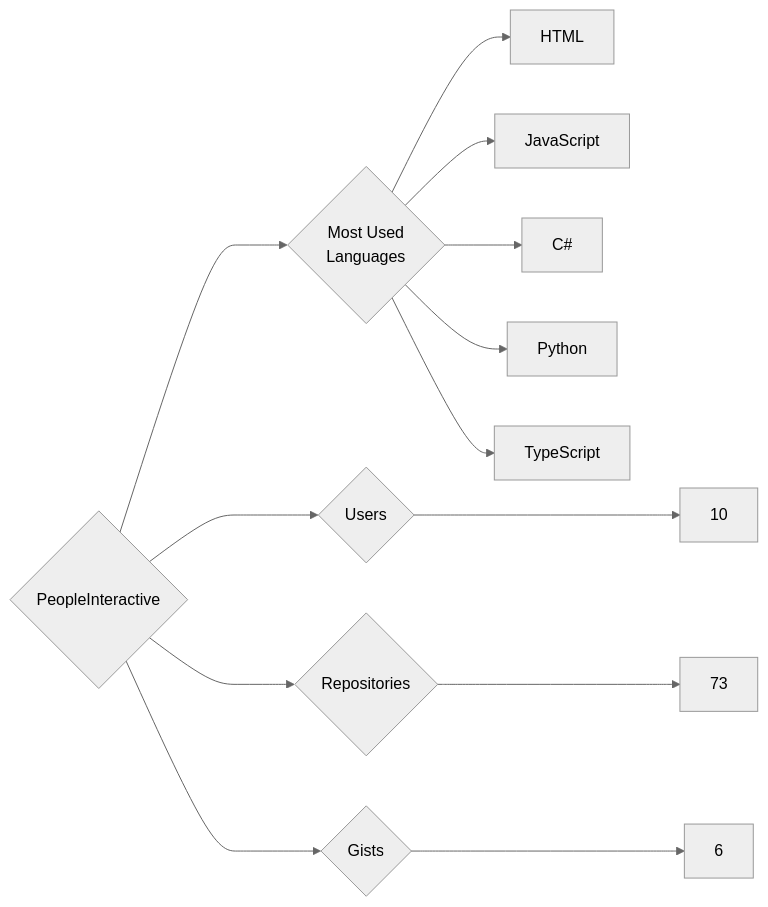
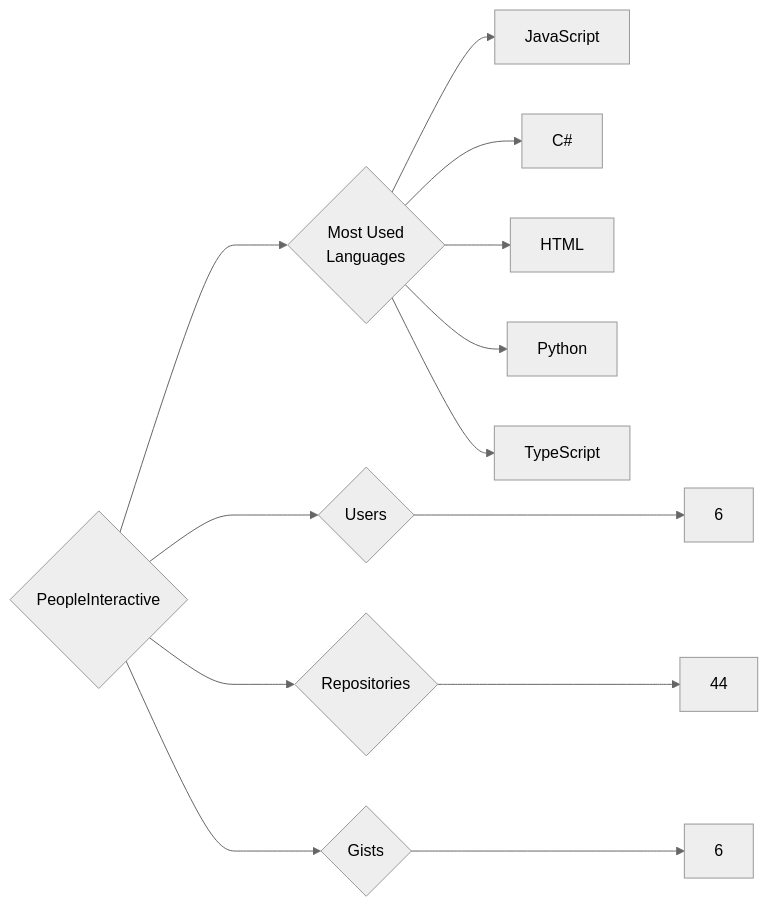
The diagram in targets/PeopleInteractive/README.md (trickest/insiders), drawn with Mermaid (neutral theme) before and after one commit. The commit also changed 940 other files, not shown here.

````diff
--- a/targets/PeopleInteractive/README.md
+++ b/targets/PeopleInteractive/README.md
@@ -3,13 +3,13 @@
 ```mermaid
 graph LR
 COMPANY_NAME{PeopleInteractive}
-COMPANY_NAME ---> U{Users} ---> UN[10]
-COMPANY_NAME ---> R{Repositories} ---> RN[73]
+COMPANY_NAME ---> U{Users} ---> UN[6]
+COMPANY_NAME ---> R{Repositories} ---> RN[44]
 COMPANY_NAME ---> G{Gists} ---> GN[6]
 COMPANY_NAME ---> ML{Most Used<br>Languages}
-ML --> HTML[HTML]
 ML --> JavaScript[JavaScript]
 ML --> C#[C#]
+ML --> HTML[HTML]
 ML --> Python[Python]
 ML --> TypeScript[TypeScript]
 ```
````
